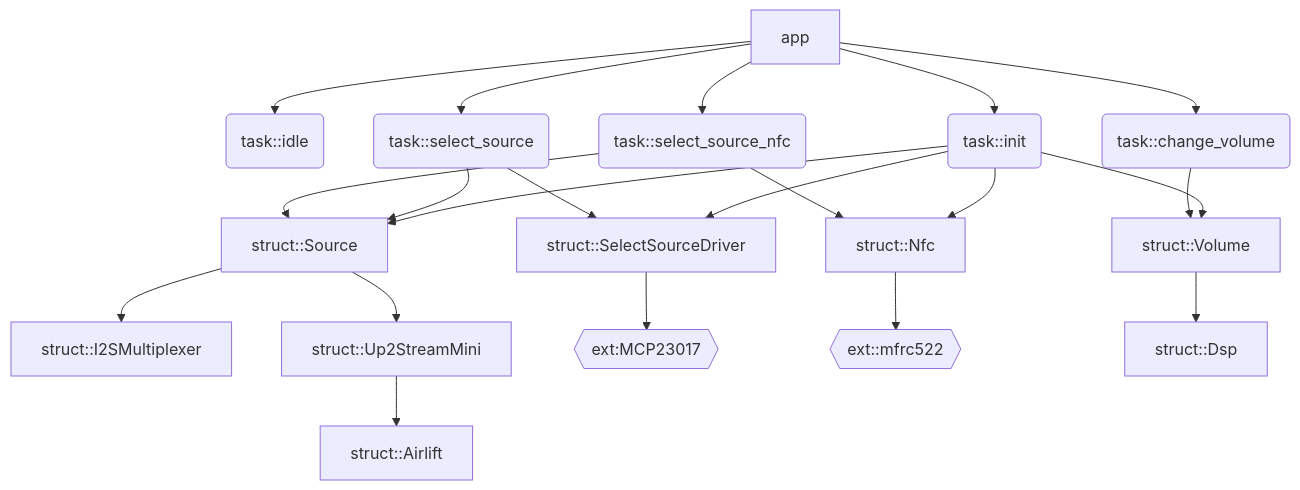
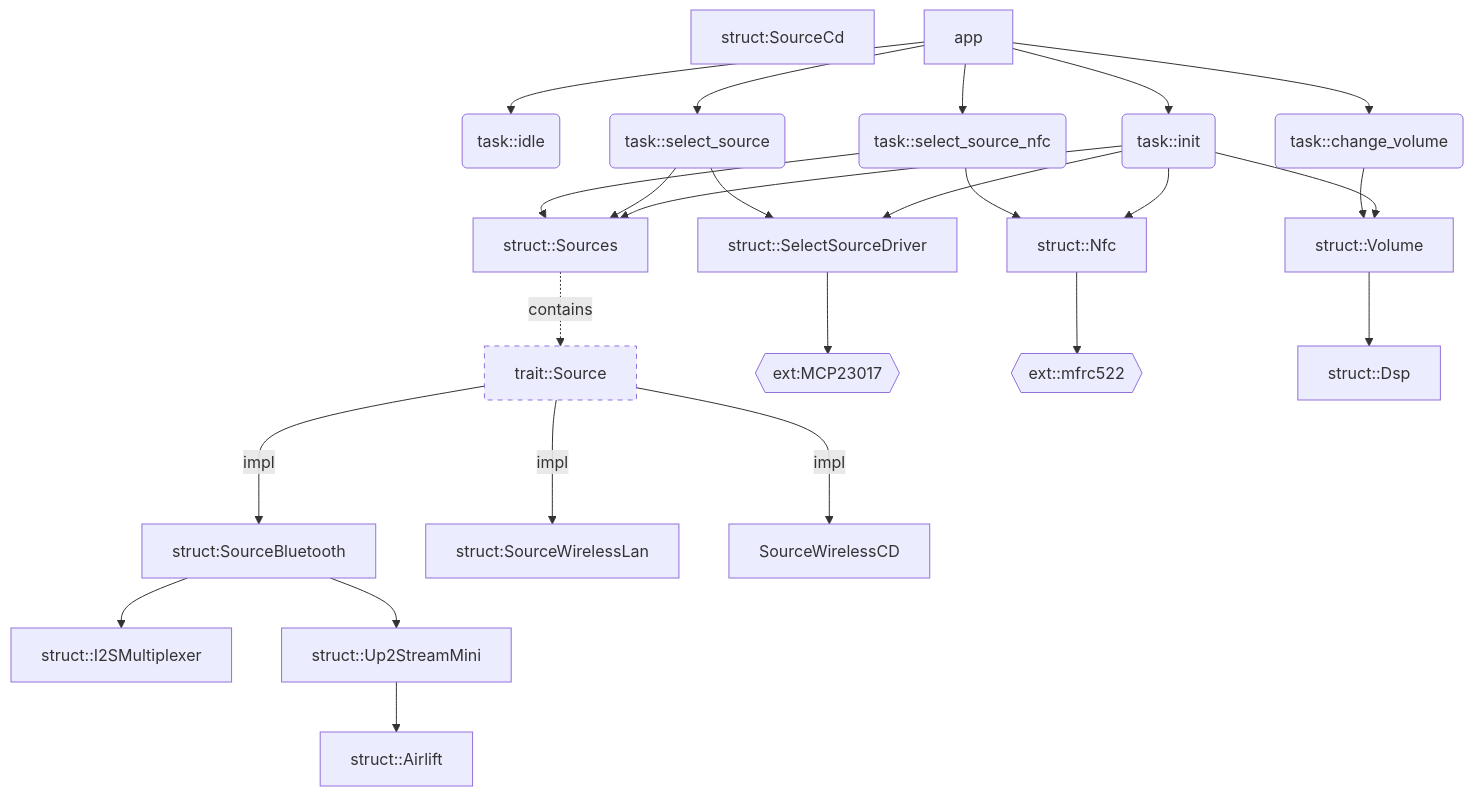
The diagram in docs/model/dependencies/dependencies.md (adoble/modular-audio), drawn with Mermaid before and after one commit.

Commit message:
More formalism

````diff
--- a/docs/model/dependencies/dependencies.md
+++ b/docs/model/dependencies/dependencies.md
@@ -3,48 +3,64 @@
 ```mermaid
 
 flowchart TB
     %% ----- Components -----%%
     idle(task::idle)
     init(task::init)
     select_source(task::select_source)
     select_source_nfc(task::select_source_nfc)
-    SelectSourceDriver[struct::SelectSourceDriver]
-    Source[struct::Source]
-    I2SMultiplexer[struct::I2SMultiplexer]
-    Up2StreamMini[struct::Up2StreamMini]
-    nfc[struct::Nfc]
-    airlift[struct::Airlift]
+    SelectSourceDriver[struct::SelectSourceDriver]:::struct
+    Sources[struct::Sources]:::struct
+    Source[trait::Source]:::trait
+    I2SMultiplexer[struct::I2SMultiplexer]:::struct
+    Up2StreamMini[struct::Up2StreamMini]:::struct
+    nfc[struct::Nfc]:::struct
+    airlift[struct::Airlift]:::struct
     MCP23017{{ext:MCP23017}}
     mfrc522{{ext::mfrc522}}
     change_volume(task::change_volume)
-    volume[struct::Volume]
+    volume[struct::Volume]:::struct
     dsp[struct::Dsp]
 
+    SourceBluetooth[struct:SourceBluetooth]:::struct
+    SourceWirelessLan[struct:SourceWirelessLan]:::struct
+    SourceCd[struct:SourceCd]:::struct
 
     app --> idle
     app --> init 
     init --> SelectSourceDriver
-    init --> Source
+    init --> Sources
     init --> volume
     init --> nfc
 
     app --> select_source
     select_source --> SelectSourceDriver
-    select_source --> Source
+    select_source --> Sources
     SelectSourceDriver --> MCP23017
 
     app--> select_source_nfc
-    select_source_nfc --> Source
+    select_source_nfc --> Sources
     select_source_nfc --> nfc --> mfrc522
 
-    Source --> I2SMultiplexer
-    Source --> Up2StreamMini  --> airlift
+    Sources -.->|contains| Source
+
+    Source --->|impl| SourceBluetooth
+    Source --->|impl| SourceWirelessLan
+    Source --->|impl| SourceWirelessCD
+
+
+    SourceBluetooth --> I2SMultiplexer
+    SourceBluetooth --> Up2StreamMini  --> airlift
     
     app-->change_volume
     volume-->dsp
     change_volume-->volume
 
+    
+    %%Class Defs%%
+    classDef struct fill:tranparent
+    classDef trait stroke-dasharray:5 5
+
 
 
 
 ```
````
